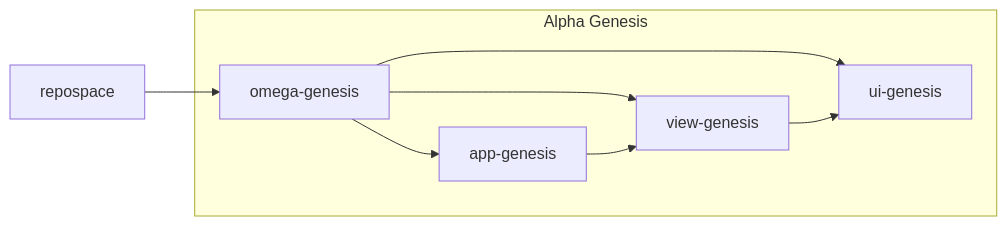
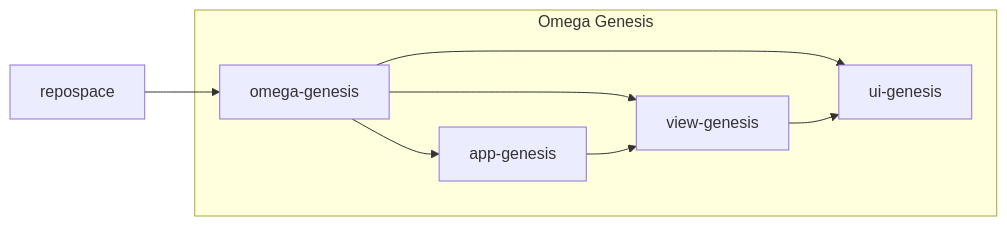
One commit to servexyz/genesis changed the third of 3 diagrams in docs/genesis-brainstorm.md. Above: the diagram before and after it, drawn with Mermaid. The commit also changed 1 other file, not shown here.

Commit message:
Fixed typo in subgraph (omega/alpha were switched)

````diff
--- a/docs/genesis-brainstorm.md
+++ b/docs/genesis-brainstorm.md
@@ -78,12 +78,12 @@
 ```mermaid
 graph LR
 repospace --> omega-genesis
 
-subgraph Alpha Genesis
+subgraph Omega Genesis
   omega-genesis --> app-genesis
   omega-genesis --> view-genesis
   omega-genesis --> ui-genesis
   app-genesis --> view-genesis
   view-genesis --> ui-genesis
 end
 ```
````
